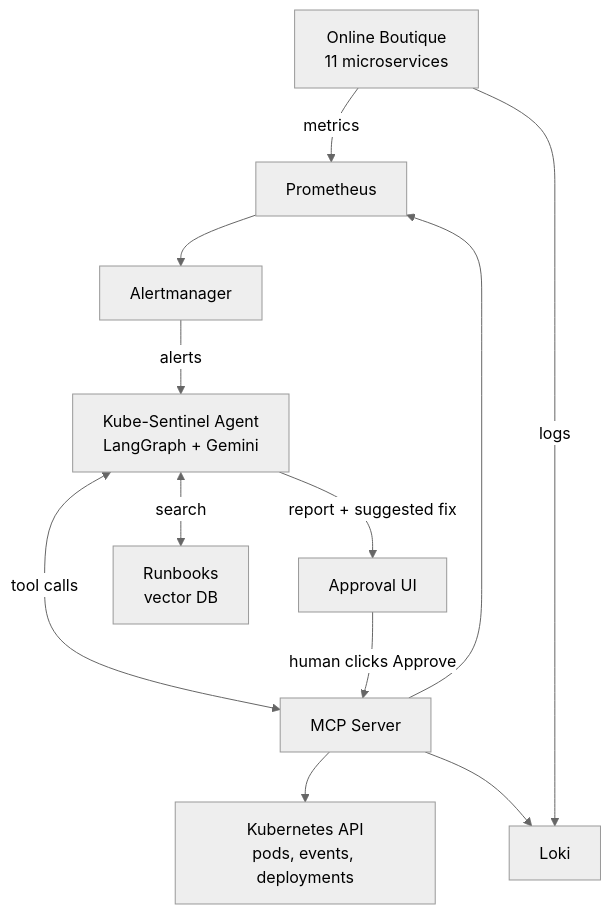
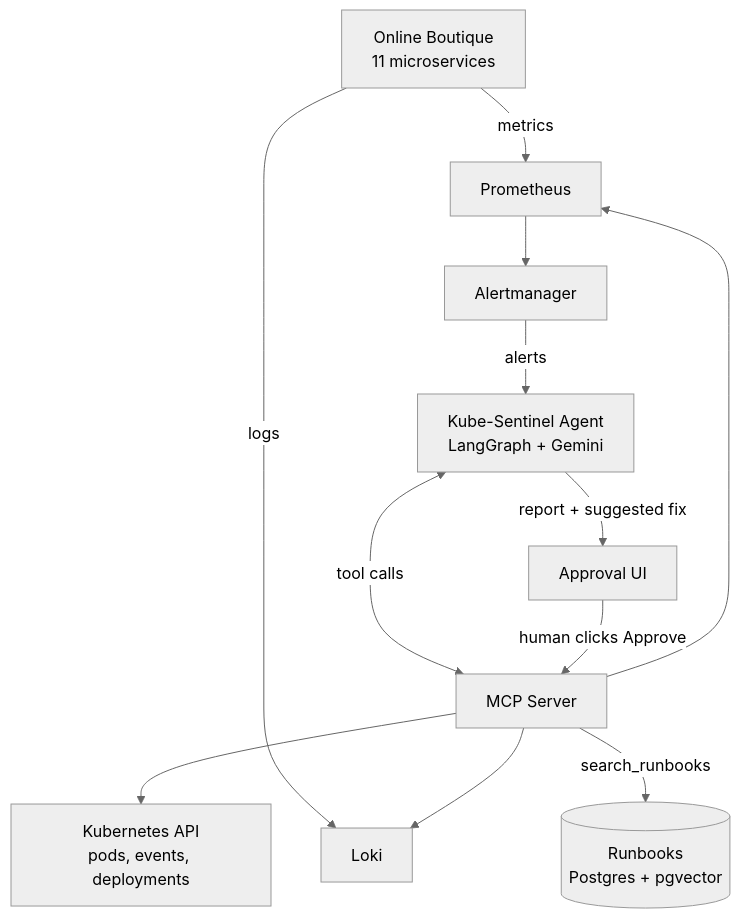
Before and after one commit to sharanya19/kube-sentinel: the diagram in README.md, drawn with Mermaid (neutral theme). The commit also changed other lines of this file and 30 other files, not shown here.

First line of the commit message:
Add runbook RAG: hybrid search on Postgres + pgvector, cited by the agent

````diff
--- a/README.md
+++ b/README.md
@@ -23,14 +23,14 @@
 ```mermaid
 flowchart TD
     A[Online Boutique<br/>11 microservices] -->|metrics| P[Prometheus]
     A -->|logs| L[Loki]
     P --> AM[Alertmanager]
     AM -->|alerts| AG[Kube-Sentinel Agent<br/>LangGraph + Gemini]
     AG <-->|tool calls| MCP[MCP Server]
     MCP --> K[Kubernetes API<br/>pods, events, deployments]
     MCP --> P
     MCP --> L
-    AG <-->|search| RAG[Runbooks<br/>vector DB]
+    MCP -->|search_runbooks| RAG[(Runbooks<br/>Postgres + pgvector)]
     AG -->|report + suggested fix| UI[Approval UI]
     UI -->|human clicks Approve| MCP
 ```
````
